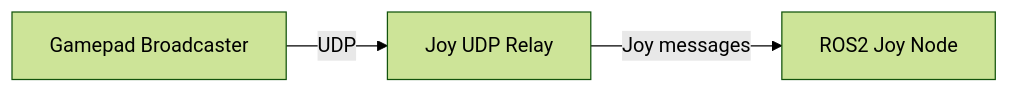
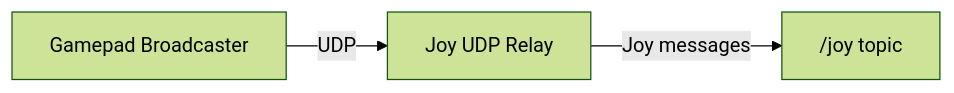
Before and after one commit to bwt2/gamepad-broadcaster: the diagram in README.md, drawn with Mermaid (forest theme). The commit also changed other lines of this file and 2 other files, not shown here.

````diff
--- a/README.md
+++ b/README.md
@@ -5,5 +5,5 @@
 ```mermaid
 flowchart LR
     gb["Gamepad Broadcaster"] -- "UDP" --> jur["Joy UDP Relay"] 
-    jur -- "Joy messages" --> id["ROS2 Joy Node"]
+    jur -- "Joy messages" --> id["/joy topic"]
 ```
````
